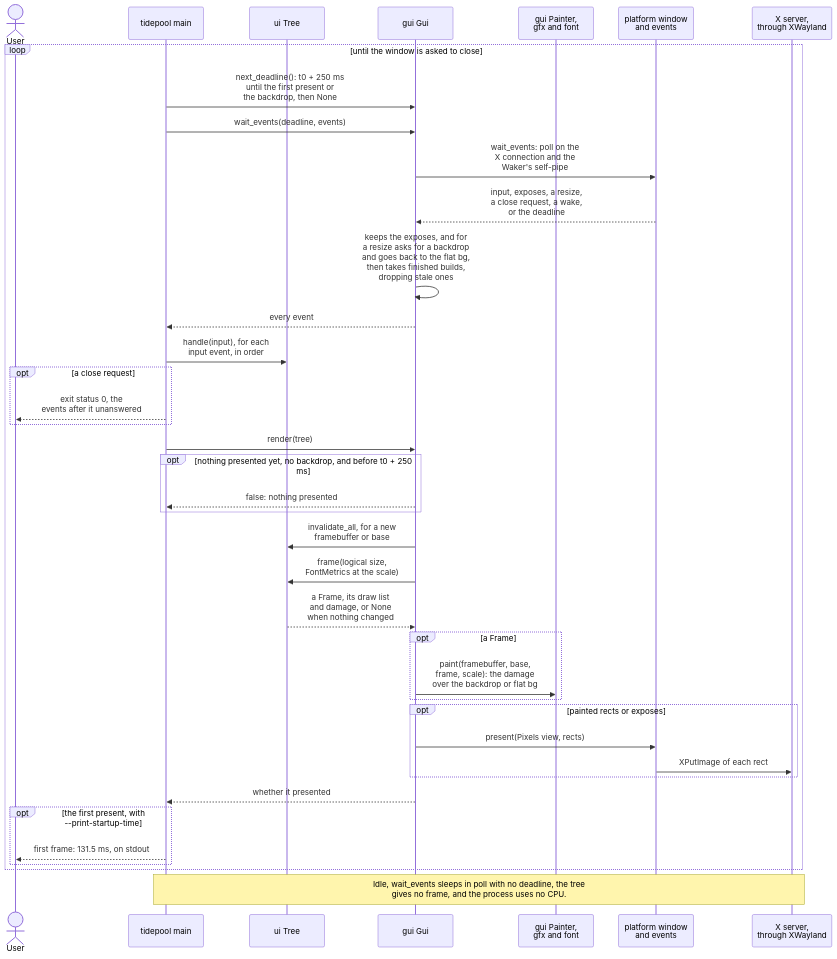
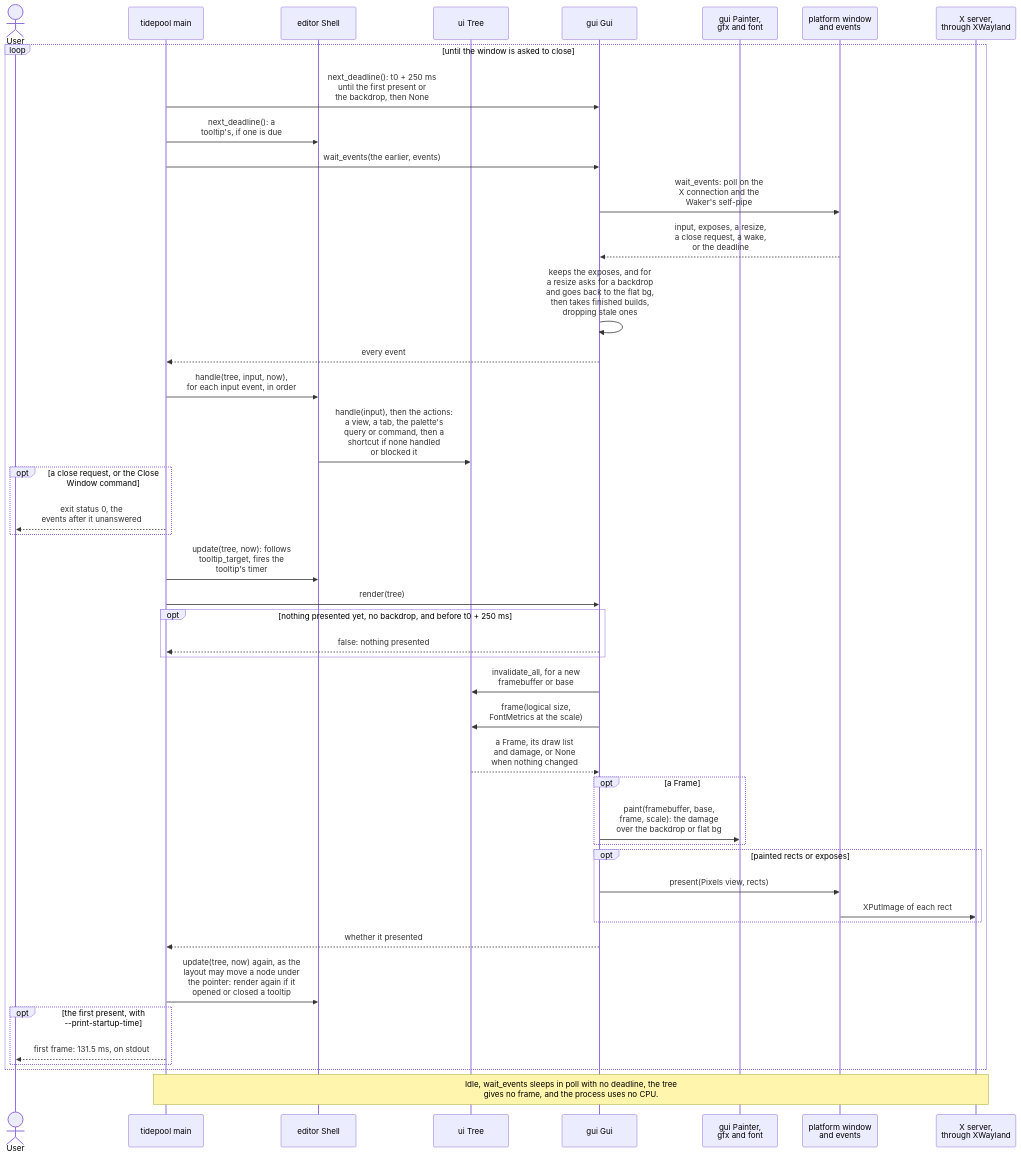
One commit to jabbott-iii/Tidepool changed diagram 11 of 24 in diagrams/sequence-diagrams.md. Above: the diagram before and after it, drawn with Mermaid. The commit also changed other lines of this file and 38 other files, not shown here.

First line of the commit message:
feat(editor,app): the shell (M3.4, ADR-0060)

````diff
--- a/diagrams/sequence-diagrams.md
+++ b/diagrams/sequence-diagrams.md
@@ -593,42 +594,47 @@
 ```mermaid
 sequenceDiagram
     actor User
     participant Main as tidepool main
+    participant Shell as editor Shell
     participant Tree as ui Tree
     participant Gui as gui Gui
     participant Draw as gui Painter,<br/>gfx and font
     participant Plat as platform window<br/>and events
     participant Disp as X server,<br/>through XWayland
 
     loop until the window is asked to close
         Main->>Gui: next_deadline(): t0 + 250 ms<br/>until the first present or<br/>the backdrop, then None
-        Main->>Gui: wait_events(deadline, events)
+        Main->>Shell: next_deadline(): a<br/>tooltip's, if one is due
+        Main->>Gui: wait_events(the earlier, events)
         Gui->>Plat: wait_events: poll on the<br/>X connection and the<br/>Waker's self-pipe
         Plat-->>Gui: input, exposes, a resize,<br/>a close request, a wake,<br/>or the deadline
         Gui->>Gui: keeps the exposes, and for<br/>a resize asks for a backdrop<br/>and goes back to the flat bg,<br/>then takes finished builds,<br/>dropping stale ones
         Gui-->>Main: every event
-        Main->>Tree: handle(input), for each<br/>input event, in order
-        opt a close request
+        Main->>Shell: handle(tree, input, now),<br/>for each input event, in order
+        Shell->>Tree: handle(input), then the actions:<br/>a view, a tab, the palette's<br/>query or command, then a<br/>shortcut if none handled<br/>or blocked it
+        opt a close request, or the Close Window command
             Main-->>User: exit status 0, the<br/>events after it unanswered
         end
+        Main->>Shell: update(tree, now): follows<br/>tooltip_target, fires the<br/>tooltip's timer
         Main->>Gui: render(tree)
         opt nothing presented yet, no backdrop, and before t0 + 250 ms
             Gui-->>Main: false: nothing presented
         end
         Gui->>Tree: invalidate_all, for a new<br/>framebuffer or base
         Gui->>Tree: frame(logical size,<br/>FontMetrics at the scale)
         Tree-->>Gui: a Frame, its draw list<br/>and damage, or None<br/>when nothing changed
         opt a Frame
             Gui->>Draw: paint(framebuffer, base,<br/>frame, scale): the damage<br/>over the backdrop or flat bg
         end
         opt painted rects or exposes
             Gui->>Plat: present(Pixels view, rects)
             Plat->>Disp: XPutImage of each rect
         end
         Gui-->>Main: whether it presented
+        Main->>Shell: update(tree, now) again, as the<br/>layout may move a node under<br/>the pointer: render again if it<br/>opened or closed a tooltip
         opt the first present, with --print-startup-time
             Main-->>User: first frame: 131.5 ms, on stdout
         end
     end
     Note over Main,Disp: Idle, wait_events sleeps in poll with no deadline, the tree<br/>gives no frame, and the process uses no CPU.
 ```
````
